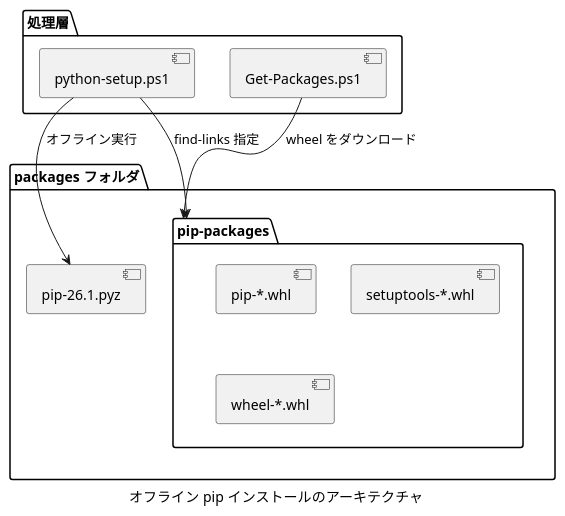
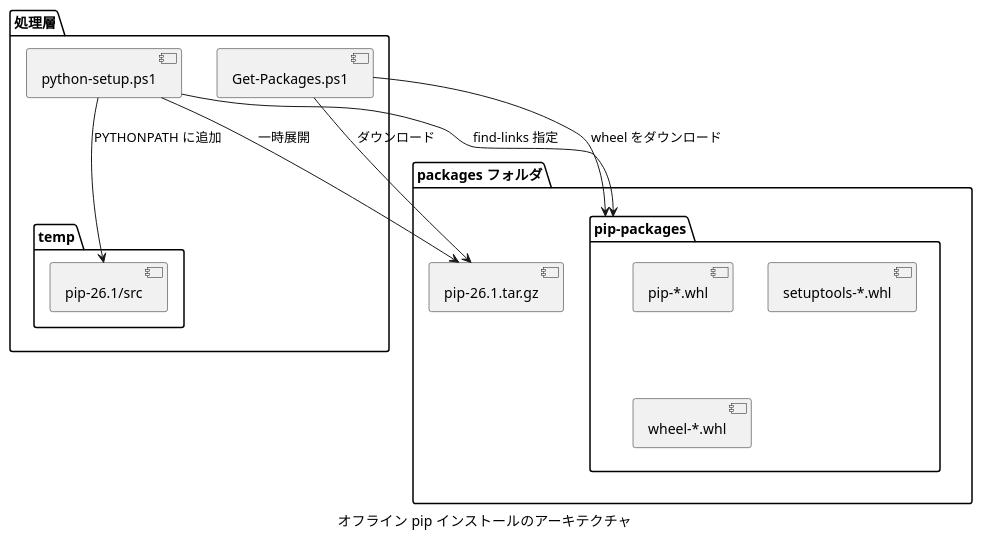
One commit to Hondarer/devbin-win changed the first of 4 diagrams in docs-src/offline-pip-design.md. Above: the diagram before and after it, drawn with PlantUML. The commit also changed other lines of this file and 6 other files, not shown here.

````diff
--- a/docs-src/offline-pip-design.md
+++ b/docs-src/offline-pip-design.md
@@ -62,22 +18,27 @@
 ```plantuml
 @startuml オフライン pip インストールのアーキテクチャ
 caption オフライン pip インストールのアーキテクチャ
 package "packages フォルダ" {
-  [pip-26.1.pyz]
+  [pip-26.1.tar.gz]
   folder "pip-packages" {
     [pip-*.whl]
     [setuptools-*.whl]
     [wheel-*.whl]
   }
 }
 
 package "処理層" {
   [Get-Packages.ps1] as getpkg
   [python-setup.ps1] as pysetup
+  folder "temp" {
+    [pip-26.1/src]
+  }
 }
 
+getpkg --> [pip-26.1.tar.gz] : ダウンロード
 getpkg --> [pip-packages] : wheel をダウンロード
-pysetup --> [pip-26.1.pyz] : オフライン実行
+pysetup --> [pip-26.1.tar.gz] : 一時展開
+pysetup --> [pip-26.1/src] : PYTHONPATH に追加
 pysetup --> [pip-packages] : find-links 指定
 @enduml
 ```
````
